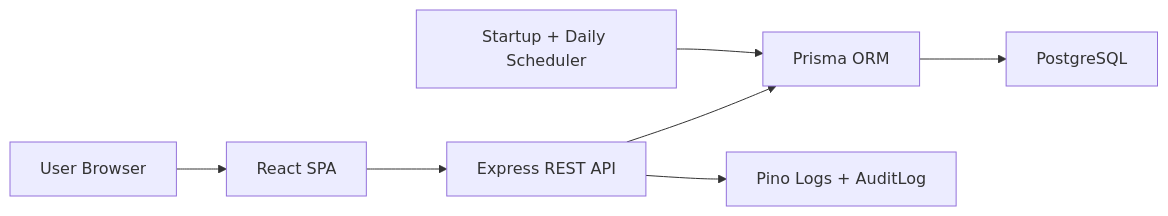
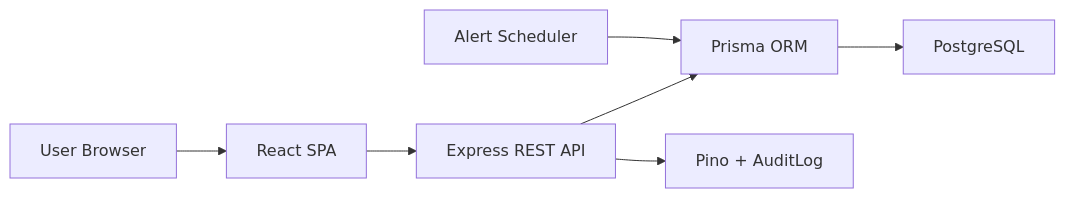
One commit to 2023t01635-eng/maintenance-report-system changed the first of 2 diagrams in docs/ARCHITECTURE.md. Above: the diagram before and after it, drawn with Mermaid. The commit also changed other lines of this file and 21 other files, not shown here.

````diff
--- a/docs/ARCHITECTURE.md
+++ b/docs/ARCHITECTURE.md
@@ -5,9 +5,9 @@
 ```mermaid
 flowchart LR
   User["User Browser"] --> Web["React SPA"]
   Web --> API["Express REST API"]
   API --> Prisma["Prisma ORM"]
   Prisma --> DB["PostgreSQL"]
-  API --> Logs["Pino Logs + AuditLog"]
-  Scheduler["Startup + Daily Scheduler"] --> Prisma
+  API --> Logs["Pino + AuditLog"]
+  Scheduler["Alert Scheduler"] --> Prisma
 ```
````
